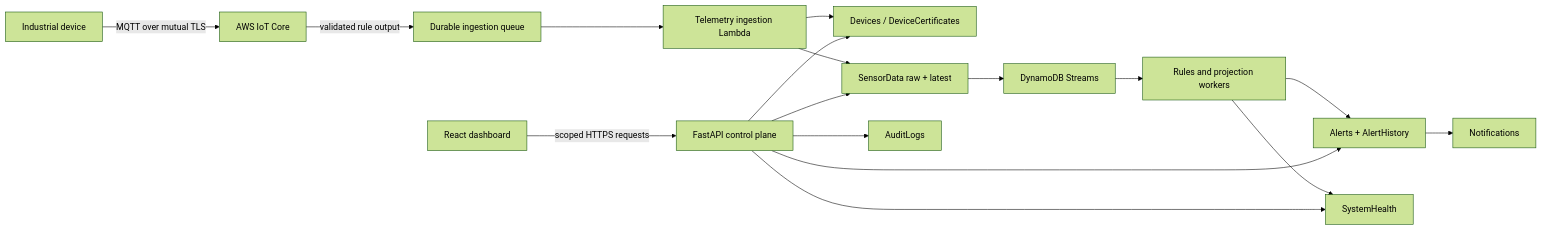
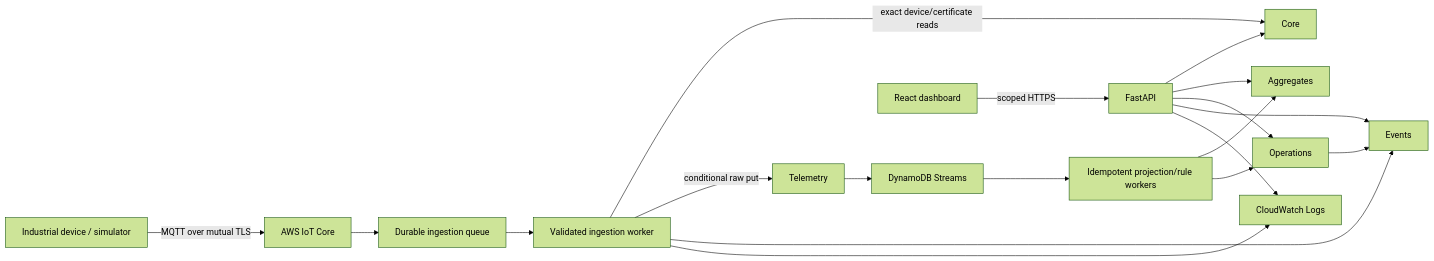
Before and after one commit to LOKI-11-2006/industrial-iot-device-monitoring-platform: the second of 2 diagrams in docs/ENTERPRISE_DATABASE_DESIGN_DOCUMENT.md, drawn with Mermaid (forest theme). The commit also changed other lines of this file, not shown here.

Commit message:
Revise DynamoDB design to five tables

````diff
--- a/docs/ENTERPRISE_DATABASE_DESIGN_DOCUMENT.md
+++ b/docs/ENTERPRISE_DATABASE_DESIGN_DOCUMENT.md
@@ -93,19 +931,21 @@
 ```mermaid
 flowchart LR
-    Device["Industrial device"] -->|"MQTT over mutual TLS"| IoT["AWS IoT Core"]
-    IoT -->|"validated rule output"| Queue["Durable ingestion queue"]
-    Queue --> Worker["Telemetry ingestion Lambda"]
-    Worker --> Devices["Devices / DeviceCertificates"]
-    Worker --> Sensor["SensorData raw + latest"]
-    Sensor --> Stream["DynamoDB Streams"]
-    Stream --> Rules["Rules and projection workers"]
-    Rules --> Alerts["Alerts + AlertHistory"]
-    Rules --> Health["SystemHealth"]
-    Alerts --> Notify["Notifications"]
-    API["FastAPI control plane"] --> Devices
-    API --> Sensor
-    API --> Alerts
-    API --> Health
-    API --> Audit["AuditLogs"]
-    Dashboard["React dashboard"] -->|"scoped HTTPS requests"| API
+    Device["Industrial device / simulator"] -->|"MQTT over mutual TLS"| IoT["AWS IoT Core"]
+    IoT --> Queue["Durable ingestion queue"]
+    Queue --> Worker["Validated ingestion worker"]
+    Worker -->|"exact device/certificate reads"| Core["Core"]
+    Worker -->|"conditional raw put"| Telemetry["Telemetry"]
+    Telemetry --> Stream["DynamoDB Streams"]
+    Stream --> Projection["Idempotent projection/rule workers"]
+    Projection --> Aggregates["Aggregates"]
+    Projection --> Operations["Operations"]
+    Worker --> Events["Events"]
+    Operations --> Events
+    API["FastAPI"] --> Core
+    API --> Aggregates
+    API --> Operations
+    API --> Events
+    Frontend["React dashboard"] -->|"scoped HTTPS"| API
+    API --> Logs["CloudWatch Logs"]
+    Worker --> Logs
 ```
````
